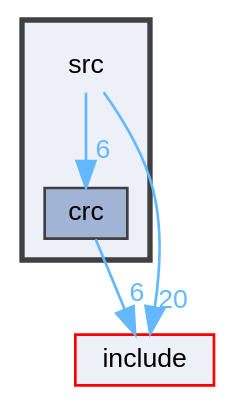
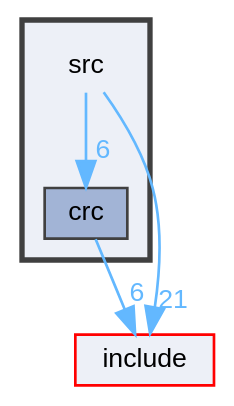
One commit to robinonsay/libjuno changed the diagram in dir_68267d1309a1af8e8297ef4c3efbcdba_dep.dot. Above: the diagram before and after it, drawn with Graphviz. The commit also changed 155 other files, not shown here.

```diff
--- a/dir_68267d1309a1af8e8297ef4c3efbcdba_dep.dot
+++ b/dir_68267d1309a1af8e8297ef4c3efbcdba_dep.dot
@@ -1,17 +1,17 @@
 digraph "/home/runner/work/libjuno/libjuno/src"
 {
  // LATEX_PDF_SIZE
   bgcolor="transparent";
   edge [fontname=Helvetica,fontsize=10,labelfontname=Helvetica,labelfontsize=10];
   node [fontname=Helvetica,fontsize=10,shape=box,height=0.2,width=0.4];
   compound=true
   subgraph clusterdir_68267d1309a1af8e8297ef4c3efbcdba {
     graph [ bgcolor="#edf0f7", pencolor="grey25", label="", fontname=Helvetica,fontsize=10 style="filled,bold", URL="dir_68267d1309a1af8e8297ef4c3efbcdba.html",tooltip=""]
     dir_68267d1309a1af8e8297ef4c3efbcdba [shape=plaintext, label="src"];
   dir_aaf0231a54e81f715efc83e4edb207e4 [label="crc", fillcolor="#a2b4d6", color="grey25", style="filled", URL="dir_aaf0231a54e81f715efc83e4edb207e4.html",tooltip=""];
   }
   dir_d44c64559bbebec7f509842c48db8b23 [label="include", fillcolor="#edf0f7", color="red", style="filled", URL="dir_d44c64559bbebec7f509842c48db8b23.html",tooltip=""];
   dir_68267d1309a1af8e8297ef4c3efbcdba->dir_aaf0231a54e81f715efc83e4edb207e4 [headlabel="6", labeldistance=1.5 headhref="dir_000012_000003.html" href="dir_000012_000003.html" color="steelblue1" fontcolor="steelblue1"];
-  dir_68267d1309a1af8e8297ef4c3efbcdba->dir_d44c64559bbebec7f509842c48db8b23 [headlabel="20", labeldistance=1.5 headhref="dir_000012_000005.html" href="dir_000012_000005.html" color="steelblue1" fontcolor="steelblue1"];
+  dir_68267d1309a1af8e8297ef4c3efbcdba->dir_d44c64559bbebec7f509842c48db8b23 [headlabel="21", labeldistance=1.5 headhref="dir_000012_000005.html" href="dir_000012_000005.html" color="steelblue1" fontcolor="steelblue1"];
   dir_aaf0231a54e81f715efc83e4edb207e4->dir_d44c64559bbebec7f509842c48db8b23 [headlabel="6", labeldistance=1.5 headhref="dir_000003_000005.html" href="dir_000003_000005.html" color="steelblue1" fontcolor="steelblue1"];
 }
```
